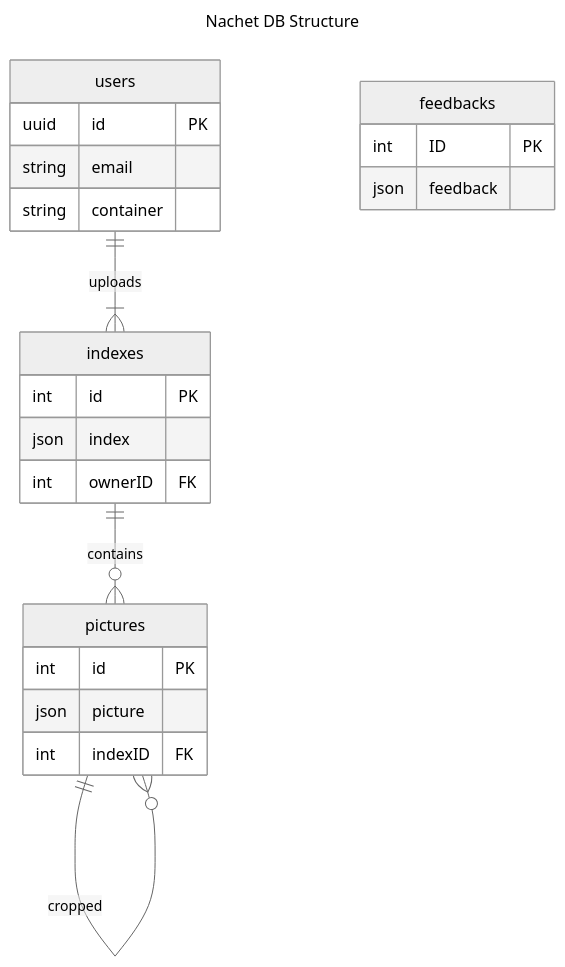
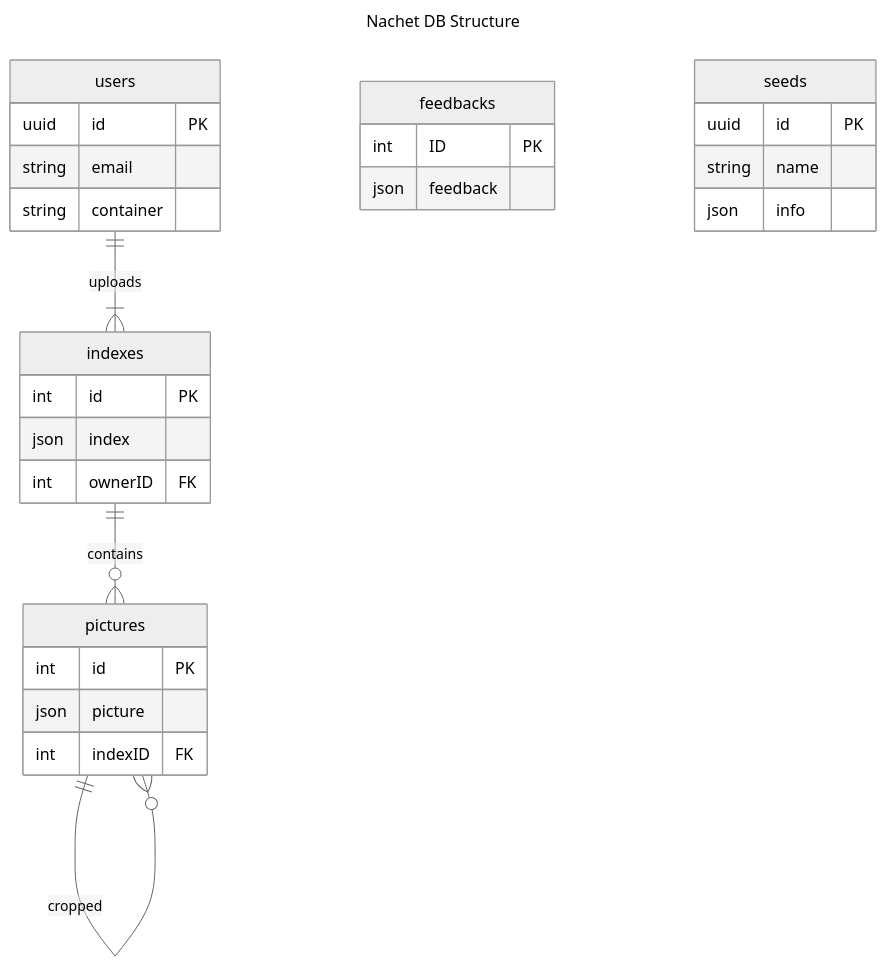
One commit to ai-cfia/ailab-datastore changed the sixth of 6 diagrams in metadata-doc.md. Above: the diagram before and after it, drawn with Mermaid (neutral theme). The commit also changed other lines of this file and 6 other files, not shown here.

````diff
--- a/metadata-doc.md
+++ b/metadata-doc.md
@@ -262,30 +270,35 @@
 ``` mermaid 
 ---
 title: Nachet DB Structure
 ---
 erDiagram
   users{
     uuid id PK
     string email
     string container  
   }
   indexes{
     int id PK
     json index
     int ownerID FK
   }
   pictures{
     int id PK
     json picture
     int indexID FK
   }
   feedbacks{
     int ID PK
     json feedback
   }
+  seeds{
+    uuid id PK
+    string name
+    json info
+  }
 
   users ||--|{ indexes: uploads
   indexes ||--o{pictures: contains
   pictures ||--o{pictures: cropped
 
 ```
````
